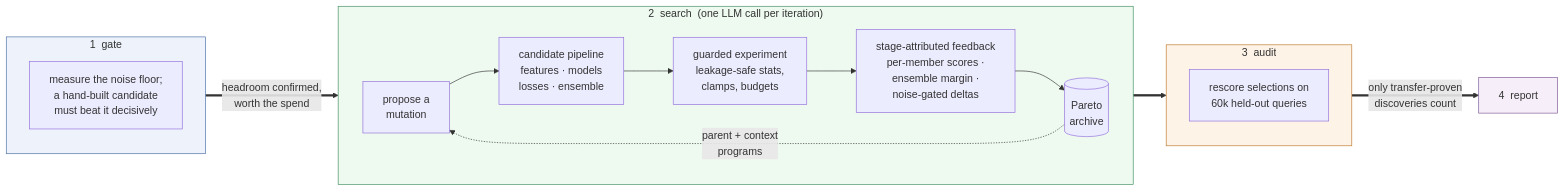
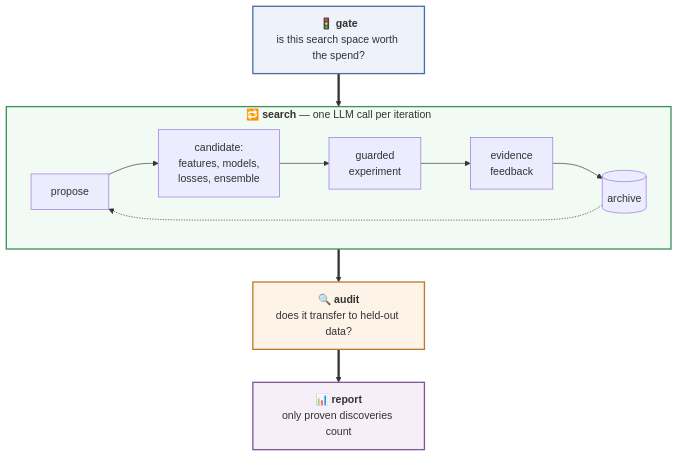
The diagram in README.md (shabazpatel/evorank), drawn with Mermaid before and after one commit.

Commit message:
README: simplify flow chart for readability (top-down spine, short labels)
Claude-Session: https://claude.ai/code/session_01TcUMorQw25APzh4uZLjRYL

````diff
--- a/README.md
+++ b/README.md
@@ -8,25 +8,20 @@
 ```mermaid
-flowchart LR
-    subgraph S1["1 &nbsp;gate"]
-        G["measure the noise floor;<br/>a hand-built candidate<br/>must beat it decisively"]
+flowchart TB
+    G["🚦 <b>gate</b><br/>is this search space worth the spend?"]
+    G ==> LOOP
+    subgraph LOOP["🔁 <b>search</b> — one LLM call per iteration"]
+        direction LR
+        P["propose"] --> C["candidate:<br/>features, models,<br/>losses, ensemble"]
+        C --> X["guarded<br/>experiment"]
+        X --> F["evidence<br/>feedback"]
+        F --> AR[("archive")]
+        AR -.-> P
     end
-    subgraph S2["2 &nbsp;search &nbsp;(one LLM call per iteration)"]
-        direction LR
-        P["propose a<br/>mutation"] --> B["candidate pipeline<br/>features · models<br/>losses · ensemble"]
-        B --> E["guarded experiment<br/>leakage-safe stats,<br/>clamps, budgets"]
-        E --> F["stage-attributed feedback<br/>per-member scores ·<br/>ensemble margin ·<br/>noise-gated deltas"]
-        F --> A[("Pareto<br/>archive")]
-        A -.->|"parent + context<br/>programs"| P
-    end
-    subgraph S3["3 &nbsp;audit"]
-        T["rescore selections on<br/>60k held-out queries"]
-    end
-    S1 ==>|"headroom confirmed,<br/>worth the spend"| S2
-    S2 ==> S3
-    S3 ==>|"only transfer-proven<br/>discoveries count"| R["4 &nbsp;report"]
+    LOOP ==> A["🔍 <b>audit</b><br/>does it transfer to held-out data?"]
+    A ==> R["📊 <b>report</b><br/>only proven discoveries count"]
 
-    style S1 fill:#eef3fb,stroke:#4a6fa5
-    style S2 fill:#eefaf0,stroke:#3f8f5f
-    style S3 fill:#fdf3e7,stroke:#c07a2d
-    style R fill:#f6eef9,stroke:#7d5a96
+    style G fill:#eef3fb,stroke:#4a6fa5,stroke-width:2px
+    style LOOP fill:#f2faf4,stroke:#3f8f5f,stroke-width:2px
+    style A fill:#fdf3e7,stroke:#c07a2d,stroke-width:2px
+    style R fill:#f6eef9,stroke:#7d5a96,stroke-width:2px
 ```
````
